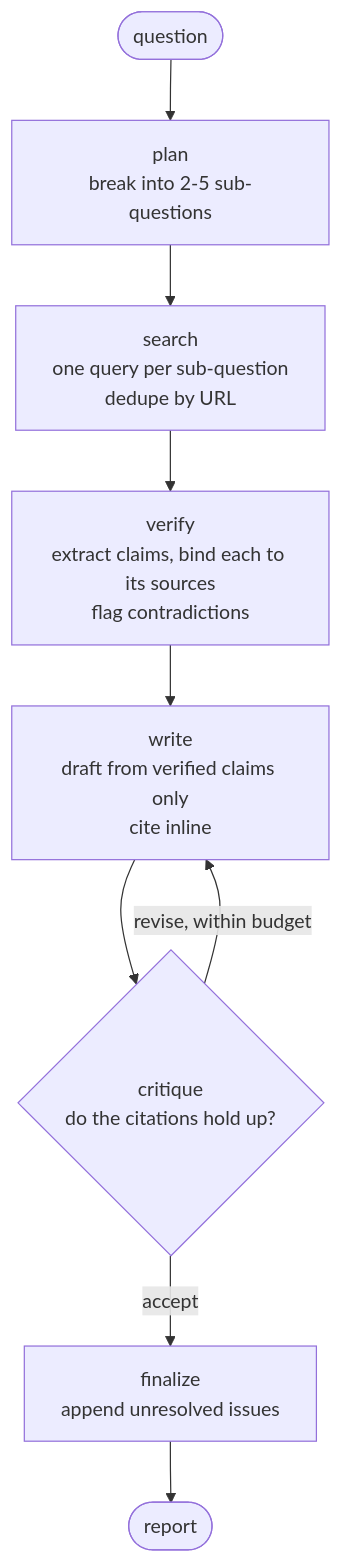
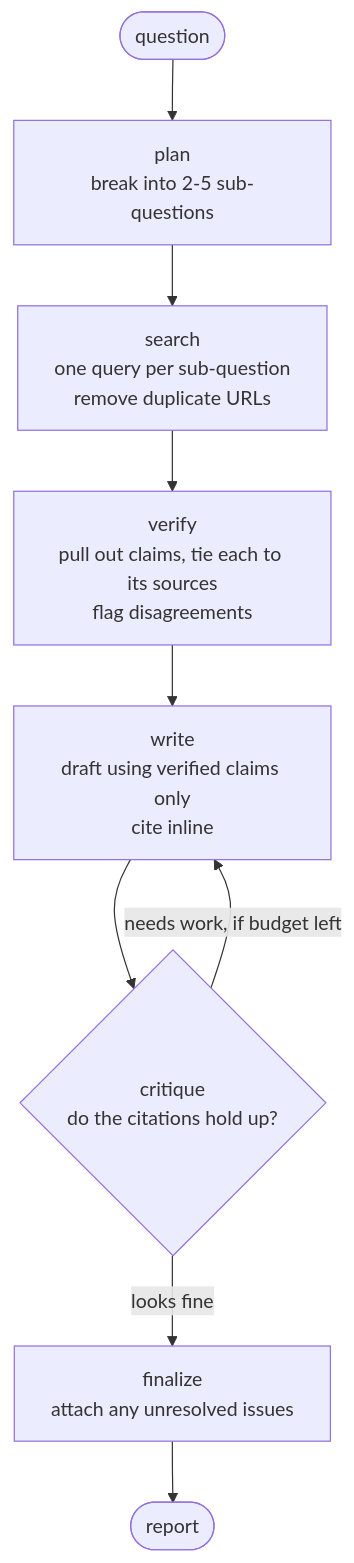
One commit to pujyakothapalli/autonomous-research-agent changed the diagram in README.md. Above: the diagram before and after it, drawn with Mermaid. The commit also changed other lines of this file, not shown here.

````diff
--- a/README.md
+++ b/README.md
@@ -49,12 +59,12 @@
 ```mermaid
 graph TD
     START([question]) --> plan
     plan[plan<br/>break into 2-5 sub-questions] --> search
-    search[search<br/>one query per sub-question<br/>dedupe by URL] --> verify
-    verify[verify<br/>extract claims, bind each to its sources<br/>flag contradictions] --> write
-    write[write<br/>draft from verified claims only<br/>cite inline] --> critique
+    search[search<br/>one query per sub-question<br/>remove duplicate URLs] --> verify
+    verify[verify<br/>pull out claims, tie each to its sources<br/>flag disagreements] --> write
+    write[write<br/>draft using verified claims only<br/>cite inline] --> critique
     critique{critique<br/>do the citations hold up?}
-    critique -->|revise, within budget| write
-    critique -->|accept| finalize
-    finalize[finalize<br/>append unresolved issues] --> END([report])
+    critique -->|needs work, if budget left| write
+    critique -->|looks fine| finalize
+    finalize[finalize<br/>attach any unresolved issues] --> END([report])
 ```
````
